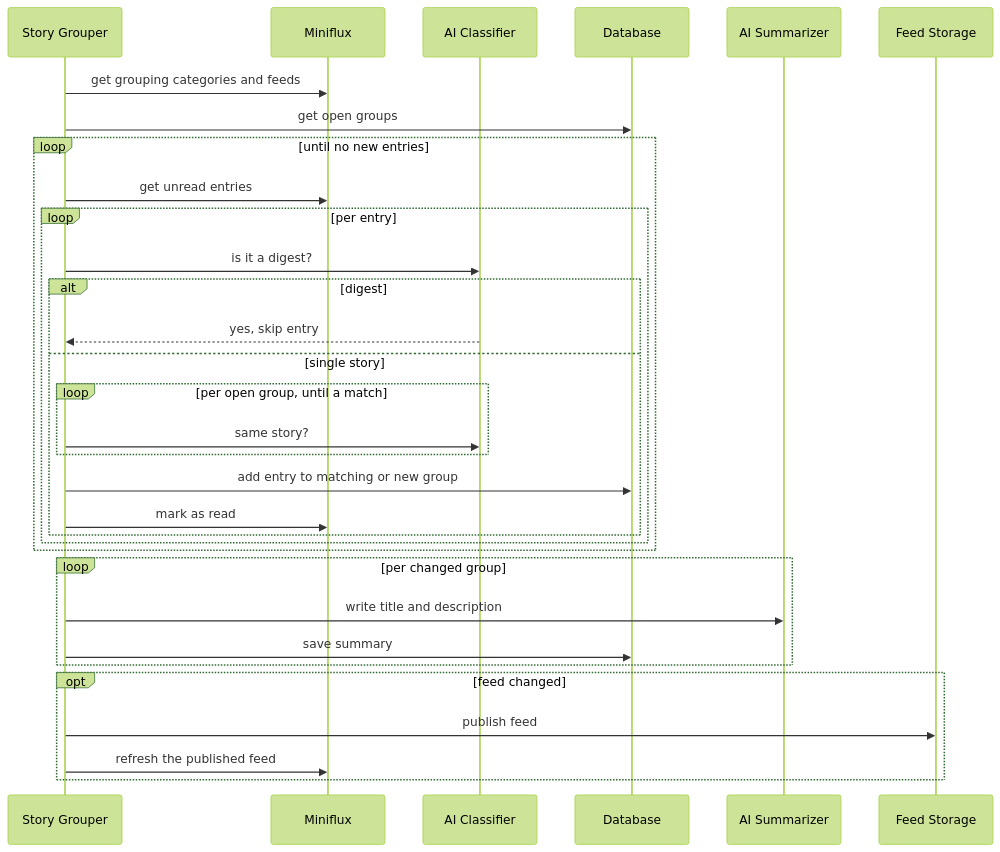
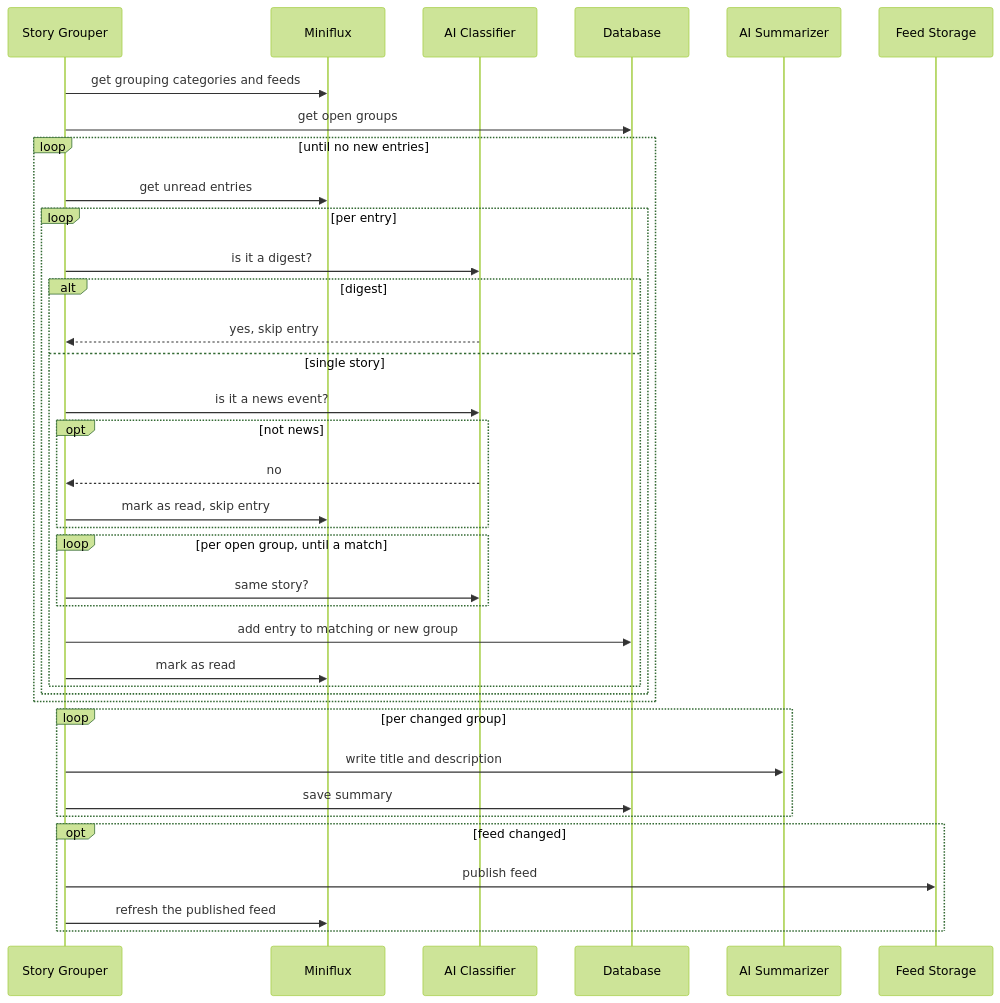
One commit to danikkks/Miniflux-AI changed the third of 4 diagrams in docs/architecture-arc42.md. Above: the diagram before and after it, drawn with Mermaid (forest theme). The commit also changed 4 other files, not shown here.

````diff
--- a/docs/architecture-arc42.md
+++ b/docs/architecture-arc42.md
@@ -176,34 +176,39 @@
 ```mermaid
 sequenceDiagram
     participant G as Story Grouper
     participant M as Miniflux
     participant C as AI Classifier
     participant D as Database
     participant Su as AI Summarizer
     participant FS as Feed Storage
     G->>M: get grouping categories and feeds
     G->>D: get open groups
     loop until no new entries
         G->>M: get unread entries
         loop per entry
             G->>C: is it a digest?
             alt digest
                 C-->>G: yes, skip entry
             else single story
+                G->>C: is it a news event?
+                opt not news
+                    C-->>G: no
+                    G->>M: mark as read, skip entry
+                end
                 loop per open group, until a match
                     G->>C: same story?
                 end
                 G->>D: add entry to matching or new group
                 G->>M: mark as read
             end
         end
     end
     loop per changed group
         G->>Su: write title and description
         G->>D: save summary
     end
     opt feed changed
         G->>FS: publish feed
         G->>M: refresh the published feed
     end
 ```
````
